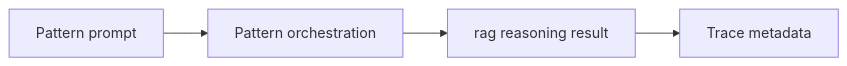
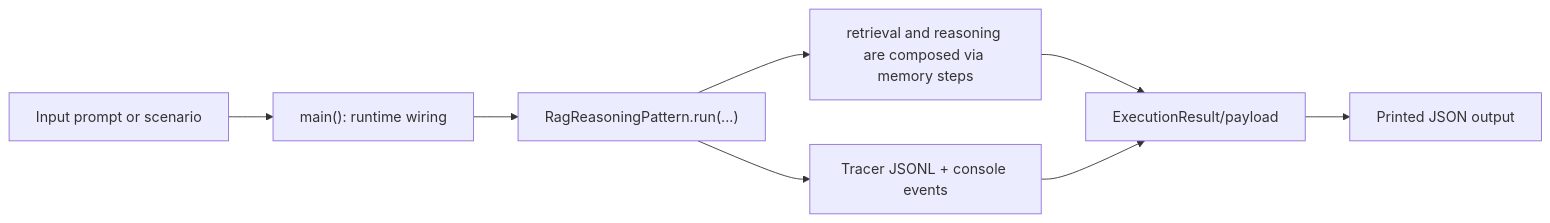
One commit to cmudrc/design-research-agents changed the diagram in docs/examples/patterns/rag_reasoning.rst. Above: the diagram before and after it, drawn with Mermaid. The commit also changed other lines of this file and 83 other files, not shown here.

```diff
--- a/docs/examples/patterns/rag_reasoning.rst
+++ b/docs/examples/patterns/rag_reasoning.rst
@@ -21,6 +23,10 @@
 .. mermaid::
 
    flowchart LR
-       A["Pattern prompt"] --> B["Pattern orchestration"]
-       B --> C["rag reasoning result"]
-       C --> D["Trace metadata"]
+       A["Input prompt or scenario"] --> B["main(): runtime wiring"]
+       B --> C["RagReasoningPattern.run(...)"]
+       C --> D["retrieval and reasoning are composed via memory steps"]
+       C --> E["Tracer JSONL + console events"]
+       D --> F["ExecutionResult/payload"]
+       E --> F
+       F --> G["Printed JSON output"]
```
